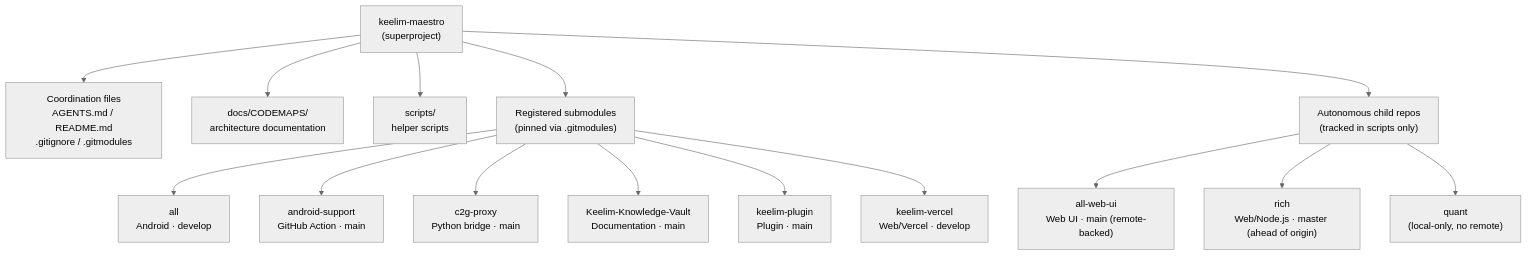
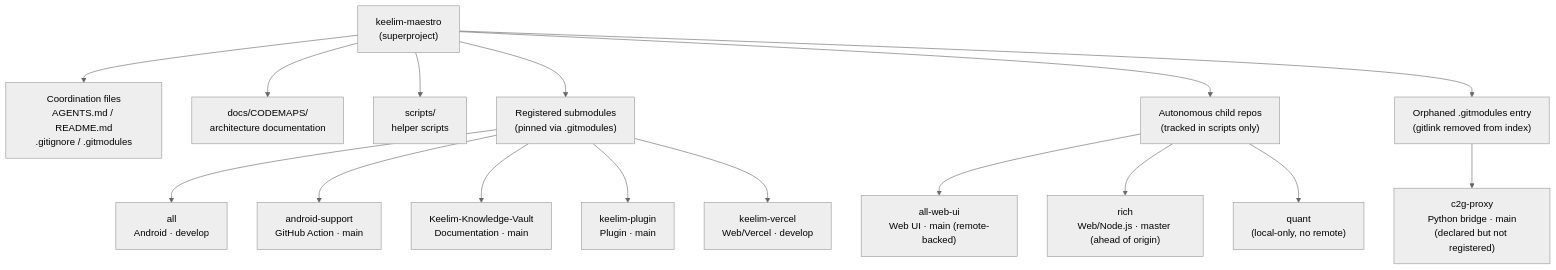
Before and after one commit to keelim/keelim-maestro: the diagram in docs/CODEMAPS/WORKSPACE.md, drawn with Mermaid (neutral theme). The commit also changed other lines of this file and 7 other files, not shown here.

````diff
--- a/docs/CODEMAPS/WORKSPACE.md
+++ b/docs/CODEMAPS/WORKSPACE.md
@@ -12,21 +12,24 @@
 ```mermaid
 flowchart TB
     root["keelim-maestro\n(superproject)"]
 
     root --> coord["Coordination files\nAGENTS.md / README.md\n.gitignore / .gitmodules"]
     root --> docs["docs/CODEMAPS/\narchitecture documentation"]
     root --> scripts["scripts/\nhelper scripts"]
     root --> submodules["Registered submodules\n(pinned via .gitmodules)"]
     root --> autonomous["Autonomous child repos\n(tracked in scripts only)"]
 
     submodules --> all["all\nAndroid · develop"]
     submodules --> android["android-support\nGitHub Action · main"]
-    submodules --> c2g["c2g-proxy\nPython bridge · main"]
     submodules --> vault["Keelim-Knowledge-Vault\nDocumentation · main"]
     submodules --> plugin["keelim-plugin\nPlugin · main"]
     submodules --> vercel["keelim-vercel\nWeb/Vercel · develop"]
+
+    orphaned["Orphaned .gitmodules entry\n(gitlink removed from index)"]
+    root --> orphaned
+    orphaned --> c2g["c2g-proxy\nPython bridge · main\n(declared but not registered)"]
 
     autonomous --> webui["all-web-ui\nWeb UI · main (remote-backed)"]
     autonomous --> rich["rich\nWeb/Node.js · master (ahead of origin)"]
     autonomous --> quant["quant\n(local-only, no remote)"]
 ```
````
